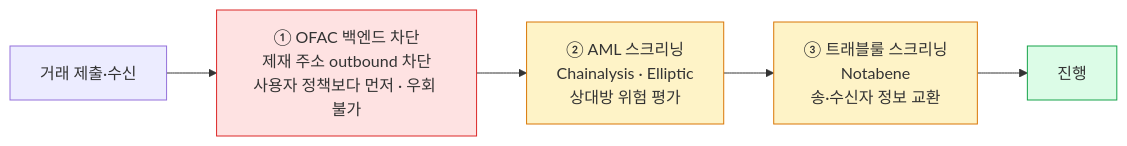
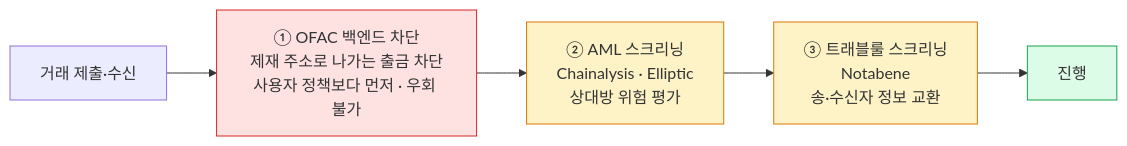
Before and after one commit to eunsujeo/eunpus: the diagram in blockchain-manager/docs/트래블룰/설계/00-screening-order.md, drawn with Mermaid. The commit also changed other lines of this file and 7 other files, not shown here.

````diff
--- a/blockchain-manager/docs/트래블룰/설계/00-screening-order.md
+++ b/blockchain-manager/docs/트래블룰/설계/00-screening-order.md
@@ -24,15 +40,15 @@
 ```mermaid
 flowchart LR
     TX["거래 제출·수신"]
-    OFAC["① OFAC 백엔드 차단<br/>제재 주소 outbound 차단<br/>사용자 정책보다 먼저 · 우회 불가"]
+    OFAC["① OFAC 백엔드 차단<br/>제재 주소로 나가는 출금 차단<br/>사용자 정책보다 먼저 · 우회 불가"]
     AML["② AML 스크리닝<br/>Chainalysis · Elliptic<br/>상대방 위험 평가"]
     TR["③ 트래블룰 스크리닝<br/>Notabene<br/>송·수신자 정보 교환"]
     GO["진행"]
 
     TX --> OFAC --> AML --> TR --> GO
 
     classDef gate fill:#fef3c7,stroke:#d97706;
     classDef hard fill:#fee2e2,stroke:#dc2626;
     classDef ok fill:#dcfce7,stroke:#16a34a;
     class OFAC hard; class AML,TR gate; class GO ok;
 ```
````
